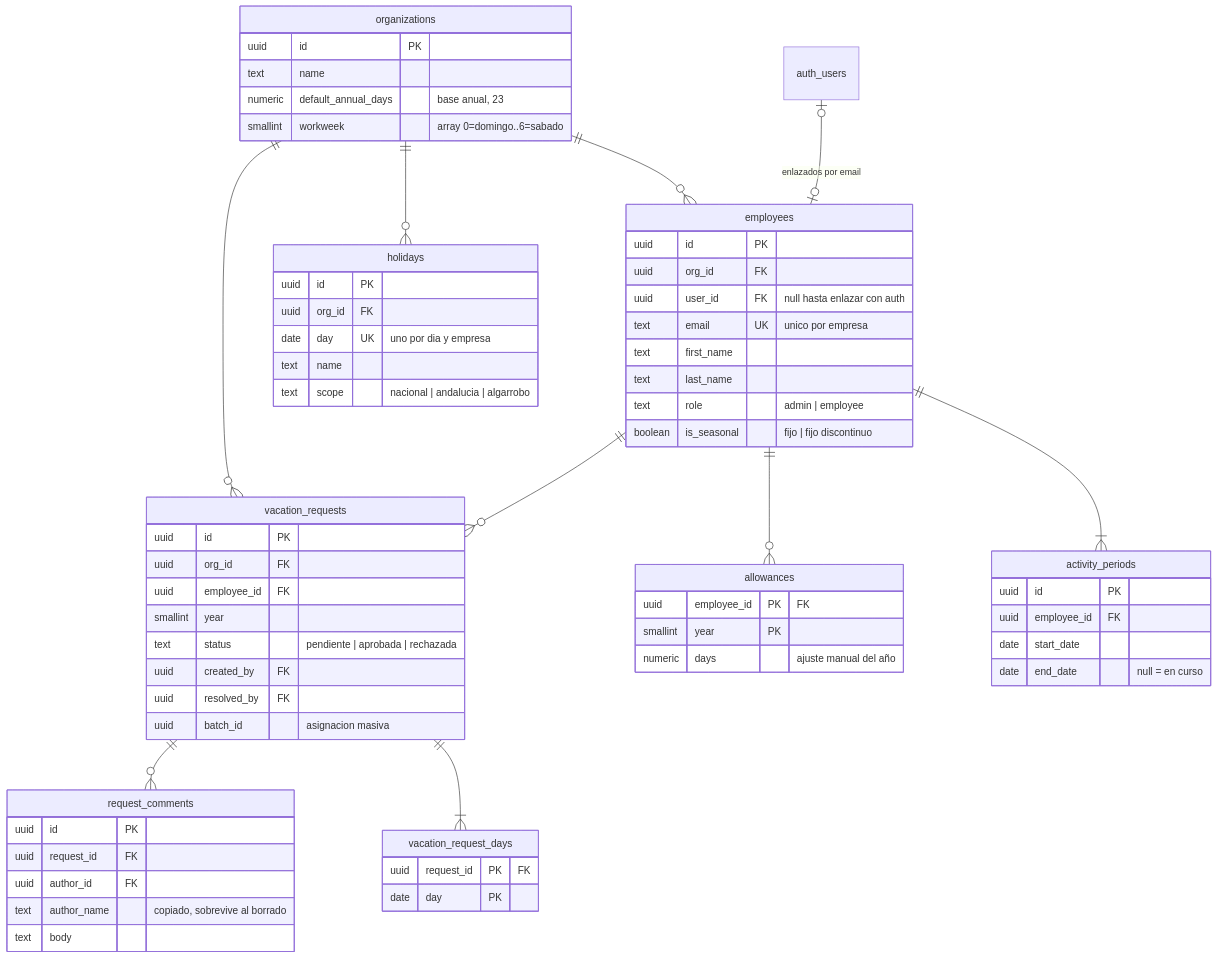
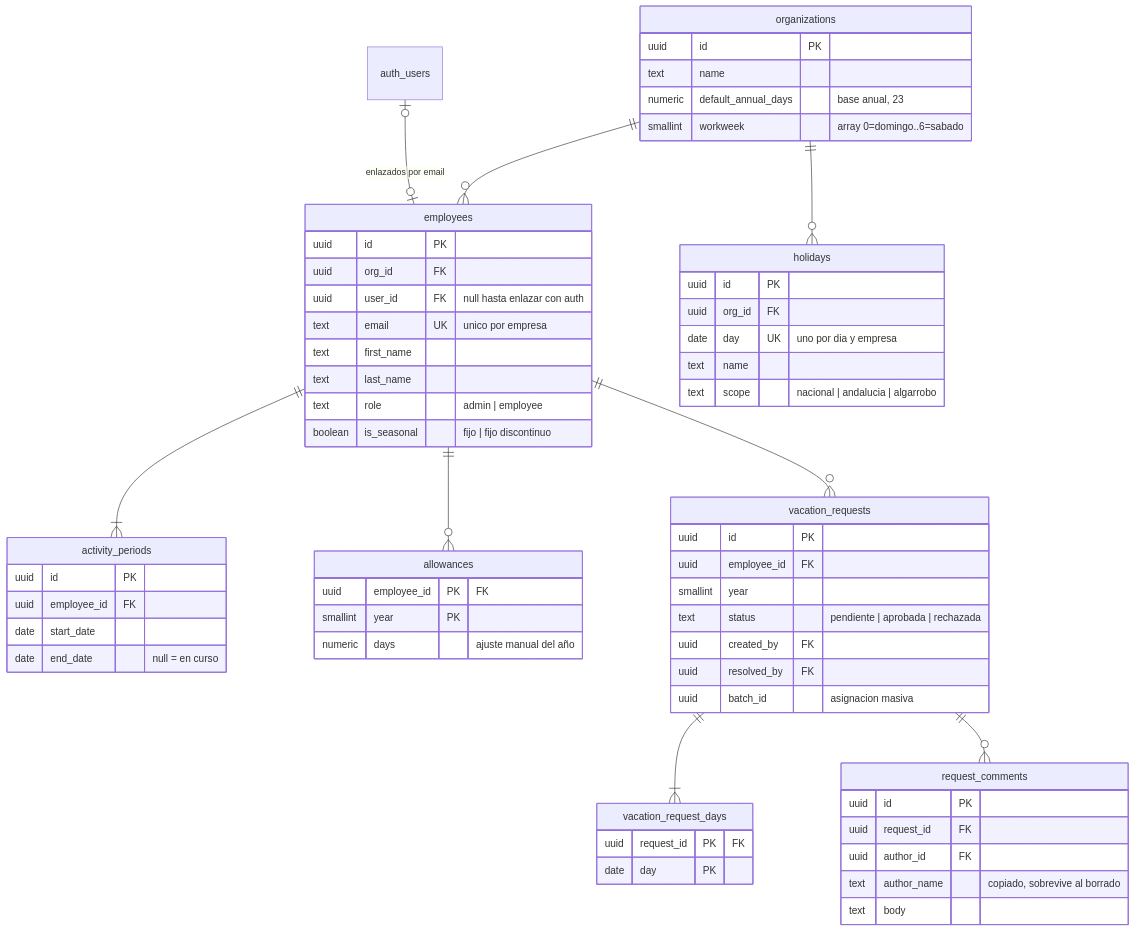
The diagram in supabase/README.md (dierodfer/timeoff-manager), drawn with Mermaid before and after one commit. The commit also changed other lines of this file and 1 other file, not shown here.

````diff
--- a/supabase/README.md
+++ b/supabase/README.md
@@ -15,68 +15,66 @@
 ```mermaid
 erDiagram
     auth_users |o--o| employees : "enlazados por email"
     organizations ||--o{ employees : ""
     organizations ||--o{ holidays : ""
-    organizations ||--o{ vacation_requests : ""
     employees ||--|{ activity_periods : ""
     employees ||--o{ allowances : ""
     employees ||--o{ vacation_requests : ""
     vacation_requests ||--|{ vacation_request_days : ""
     vacation_requests ||--o{ request_comments : ""
 
     organizations {
         uuid id PK
         text name
         numeric default_annual_days "base anual, 23"
         smallint workweek "array 0=domingo..6=sabado"
     }
     employees {
         uuid id PK
         uuid org_id FK
         uuid user_id FK "null hasta enlazar con auth"
         text email UK "unico por empresa"
         text first_name
         text last_name
         text role "admin | employee"
         boolean is_seasonal "fijo | fijo discontinuo"
     }
     activity_periods {
         uuid id PK
         uuid employee_id FK
         date start_date
         date end_date "null = en curso"
     }
     holidays {
         uuid id PK
         uuid org_id FK
         date day UK "uno por dia y empresa"
         text name
         text scope "nacional | andalucia | algarrobo"
     }
     allowances {
         uuid employee_id PK "FK"
         smallint year PK
         numeric days "ajuste manual del año"
     }
     vacation_requests {
         uuid id PK
-        uuid org_id FK
         uuid employee_id FK
         smallint year
         text status "pendiente | aprobada | rechazada"
         uuid created_by FK
         uuid resolved_by FK
         uuid batch_id "asignacion masiva"
     }
     vacation_request_days {
         uuid request_id PK "FK"
         date day PK
     }
     request_comments {
         uuid id PK
         uuid request_id FK
         uuid author_id FK
         text author_name "copiado, sobrevive al borrado"
         text body
     }
 ```
````
